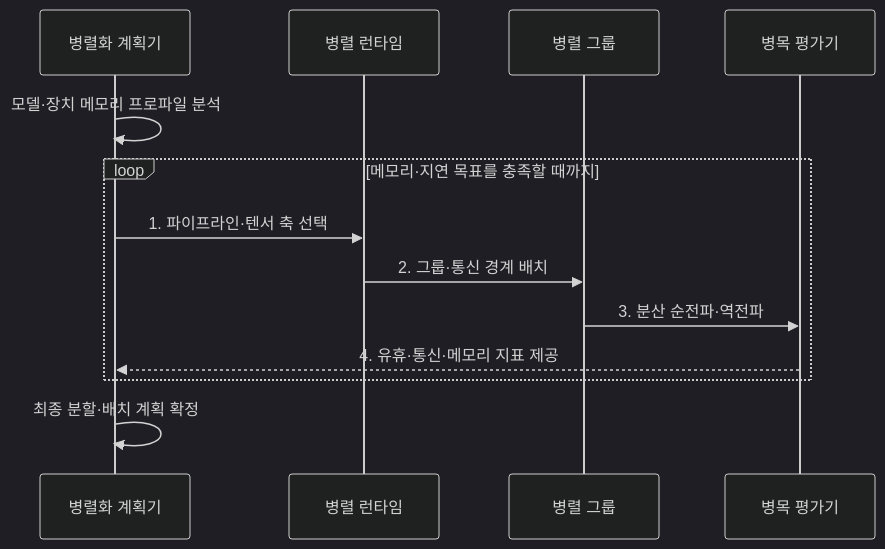
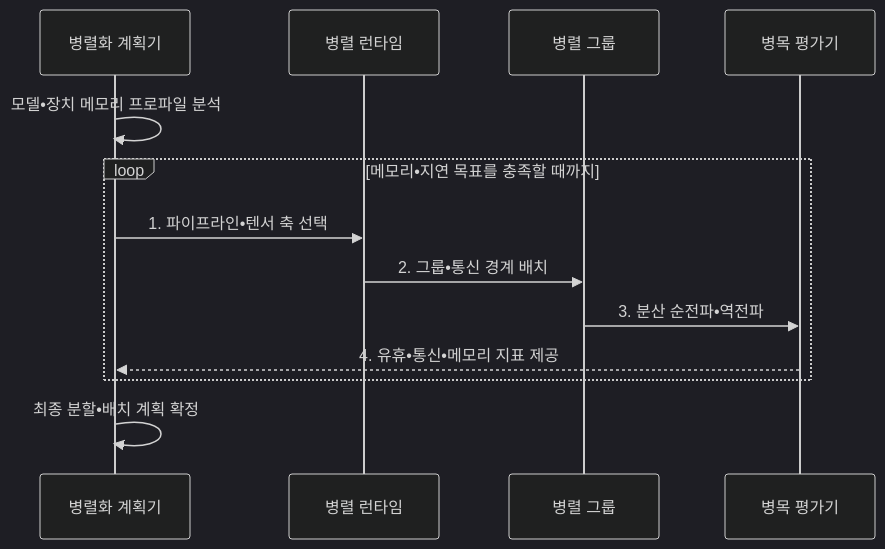
The second of 2 diagrams in src/content/docs/notes/08-latest-tech/155_model_parallelism.md (agnusdei1207/knowledge-base), drawn with Mermaid (dark theme) before and after one commit. The commit also changed other lines of this file and 953 other files, not shown here.

````diff
--- a/src/content/docs/notes/08-latest-tech/155_model_parallelism.md
+++ b/src/content/docs/notes/08-latest-tech/155_model_parallelism.md
@@ -102,15 +102,15 @@
 ```mermaid
 sequenceDiagram
     participant P as 병렬화 계획기
     participant R as 병렬 런타임
     participant G as 병렬 그룹
     participant M as 병목 평가기
-    P->>P: 모델·장치 메모리 프로파일 분석
-    loop 메모리·지연 목표를 충족할 때까지
-        P->>R: 1. 파이프라인·텐서 축 선택
-        R->>G: 2. 그룹·통신 경계 배치
-        G->>M: 3. 분산 순전파·역전파
-        M-->>P: 4. 유휴·통신·메모리 지표 제공
+    P->>P: 모델•장치 메모리 프로파일 분석
+    loop 메모리•지연 목표를 충족할 때까지
+        P->>R: 1. 파이프라인•텐서 축 선택
+        R->>G: 2. 그룹•통신 경계 배치
+        G->>M: 3. 분산 순전파•역전파
+        M-->>P: 4. 유휴•통신•메모리 지표 제공
     end
-    P->>P: 최종 분할·배치 계획 확정
+    P->>P: 최종 분할•배치 계획 확정
 ```
````
